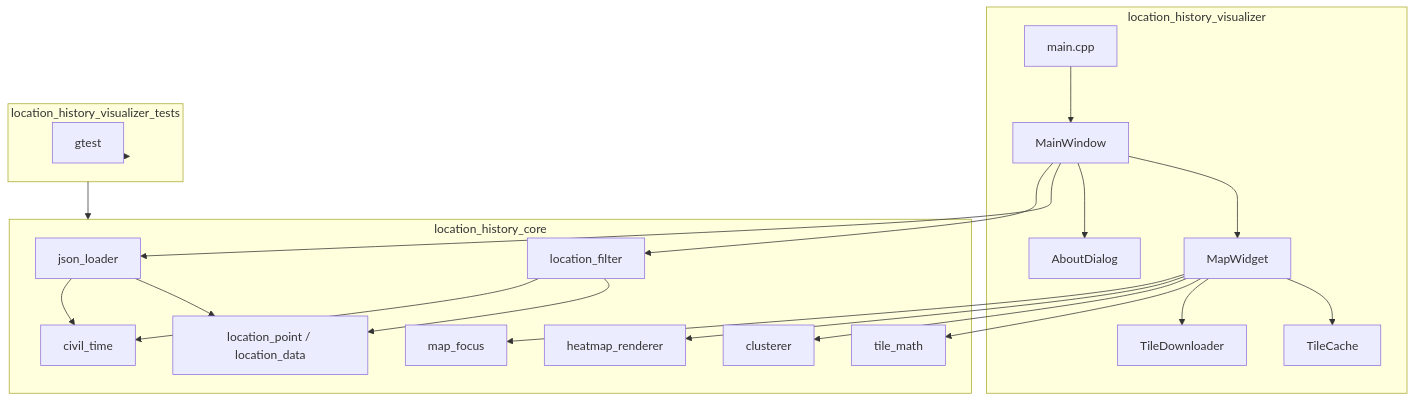
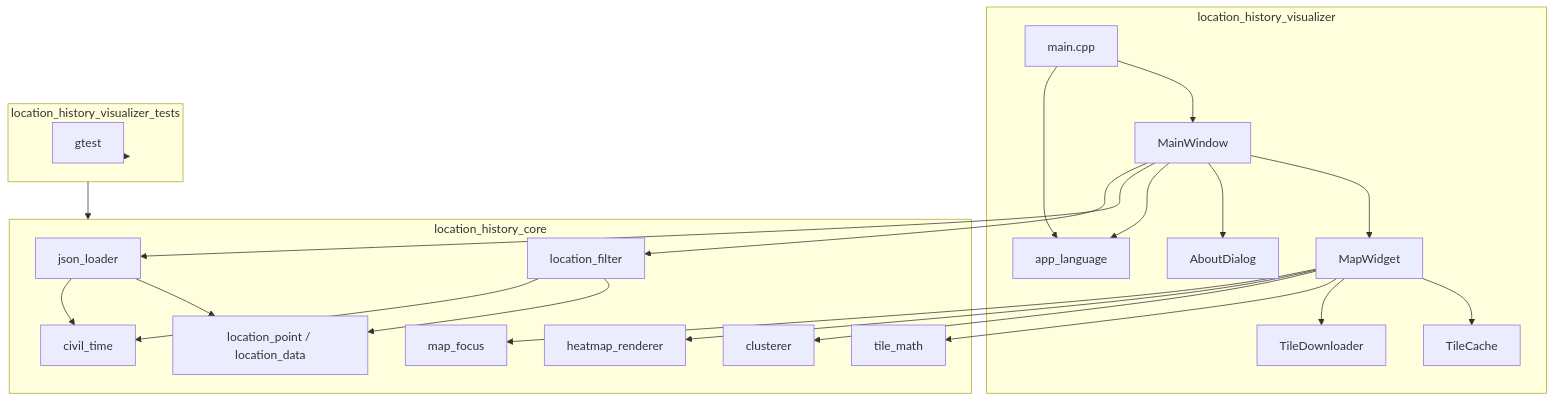
The first of 2 diagrams in doc/architecture.md (ViezTrinker/location-history-visualizer), drawn with Mermaid before and after one commit. The commit also changed 15 other files, not shown here.

````diff
--- a/doc/architecture.md
+++ b/doc/architecture.md
@@ -11,44 +11,47 @@
 ```mermaid
 flowchart TB
   subgraph app [location_history_visualizer]
     mainCpp[main.cpp]
     mainWindow[MainWindow]
     mapWidget[MapWidget]
     aboutDialog[AboutDialog]
+    appLanguage[app_language]
     tileCache[TileCache]
     tileDownloader[TileDownloader]
   end
 
   subgraph core [location_history_core]
     jsonLoader[json_loader]
     filter[location_filter]
     civilTime[civil_time]
     tileMath[tile_math]
     clusterer[clusterer]
     heatmap[heatmap_renderer]
     mapFocus[map_focus]
     dataModel[location_point / location_data]
   end
 
   subgraph tests [location_history_visualizer_tests]
     gtest[gtest]
   end
 
   mainCpp --> mainWindow
+  mainCpp --> appLanguage
   mainWindow --> mapWidget
   mainWindow --> aboutDialog
+  mainWindow --> appLanguage
   mainWindow --> jsonLoader
   mainWindow --> filter
   mapWidget --> tileCache
   mapWidget --> tileDownloader
   mapWidget --> tileMath
   mapWidget --> clusterer
   mapWidget --> heatmap
   mapWidget --> mapFocus
   jsonLoader --> dataModel
   jsonLoader --> civilTime
   filter --> dataModel
   filter --> civilTime
   tests --> core
   tests --> gtest
 ```
````
